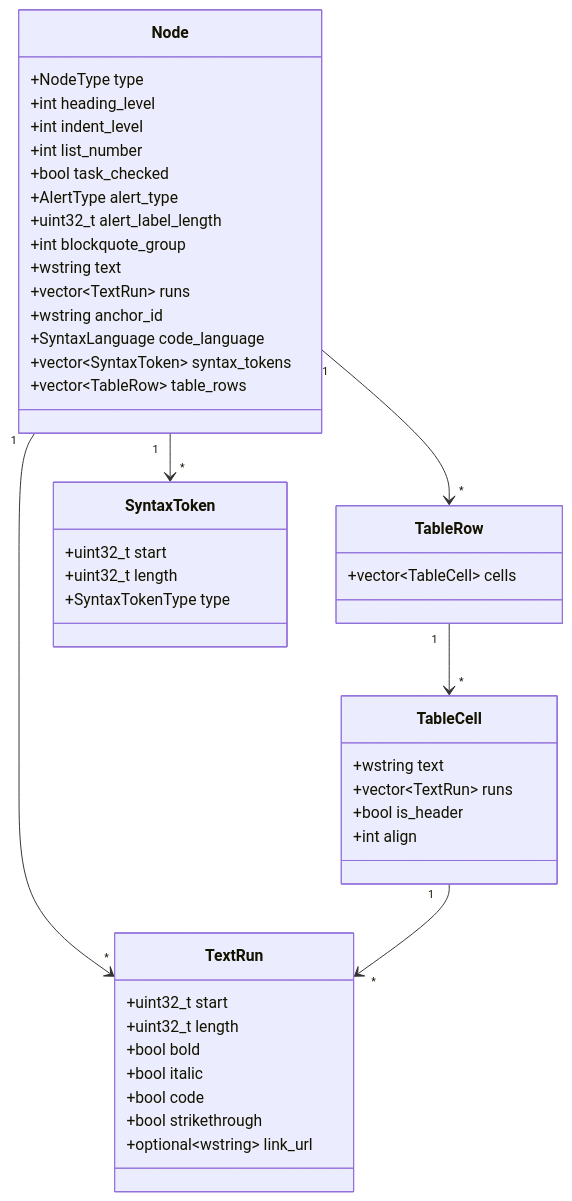
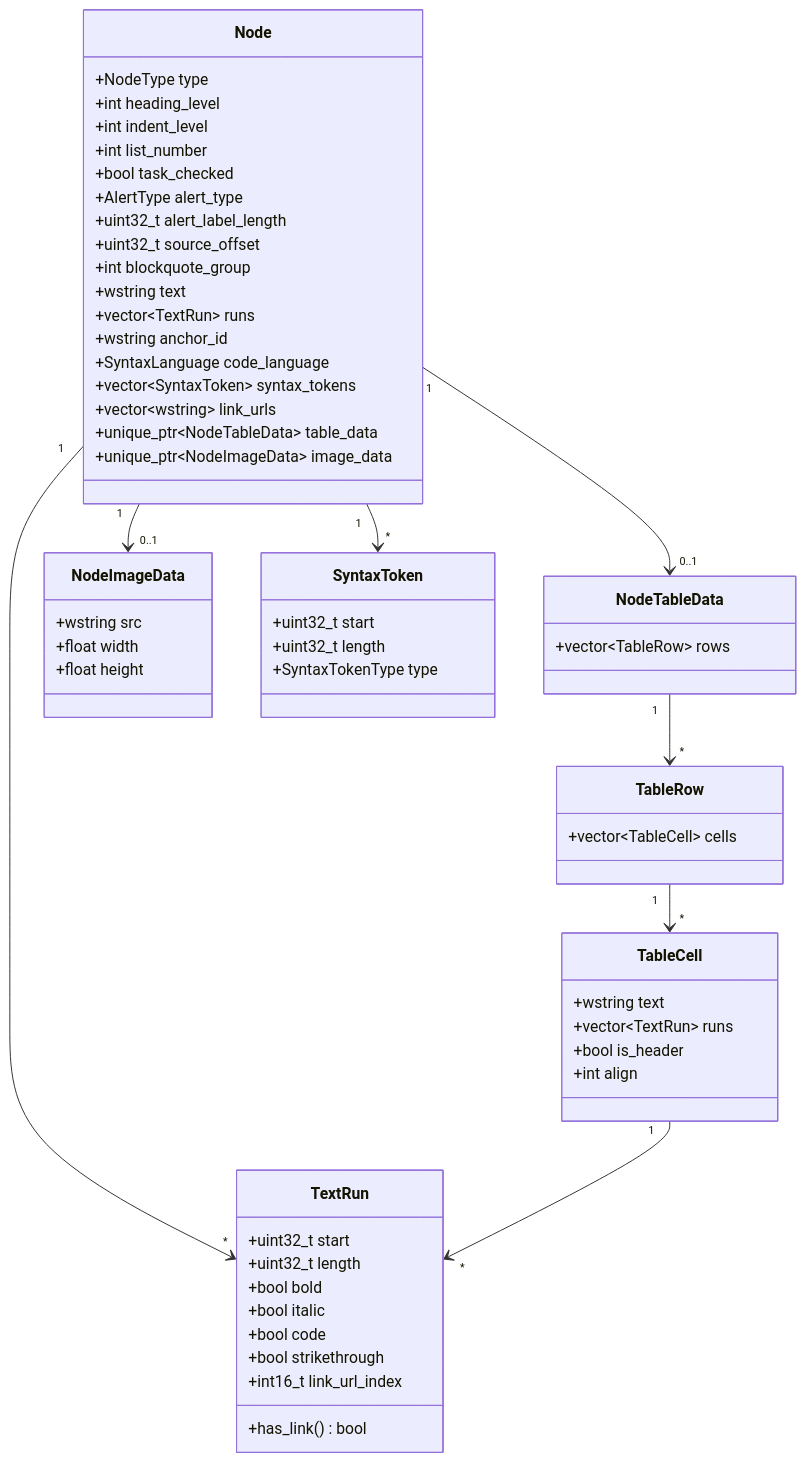
One commit to tanaton/mendo changed diagram 15 of 28 in example/test.md. Above: the diagram before and after it, drawn with Mermaid. The commit also changed other lines of this file, not shown here.

Commit message:
検索機能と国際化の実装、Mermaidファイルキャッシュの追加

````diff
--- a/example/test.md
+++ b/example/test.md
@@ -1506,52 +1819,68 @@
 ```mermaid
 classDiagram
     class Node {
         +NodeType type
         +int heading_level
         +int indent_level
         +int list_number
         +bool task_checked
         +AlertType alert_type
         +uint32_t alert_label_length
+        +uint32_t source_offset
         +int blockquote_group
         +wstring text
         +vector~TextRun~ runs
         +wstring anchor_id
         +SyntaxLanguage code_language
         +vector~SyntaxToken~ syntax_tokens
-        +vector~TableRow~ table_rows
+        +vector~wstring~ link_urls
+        +unique_ptr~NodeTableData~ table_data
+        +unique_ptr~NodeImageData~ image_data
+    }
+
+    class NodeTableData {
+        +vector~TableRow~ rows
+    }
+
+    class NodeImageData {
+        +wstring src
+        +float width
+        +float height
     }
 
     class TextRun {
         +uint32_t start
         +uint32_t length
         +bool bold
         +bool italic
         +bool code
         +bool strikethrough
-        +optional~wstring~ link_url
+        +int16_t link_url_index
+        +has_link() bool
     }
 
     class TableRow {
         +vector~TableCell~ cells
     }
 
     class TableCell {
         +wstring text
         +vector~TextRun~ runs
         +bool is_header
         +int align
     }
 
     class SyntaxToken {
         +uint32_t start
         +uint32_t length
         +SyntaxTokenType type
     }
 
     Node "1" --> "*" TextRun
-    Node "1" --> "*" TableRow
+    Node "1" --> "0..1" NodeTableData
+    Node "1" --> "0..1" NodeImageData
     Node "1" --> "*" SyntaxToken
+    NodeTableData "1" --> "*" TableRow
     TableRow "1" --> "*" TableCell
     TableCell "1" --> "*" TextRun
 ```
````
